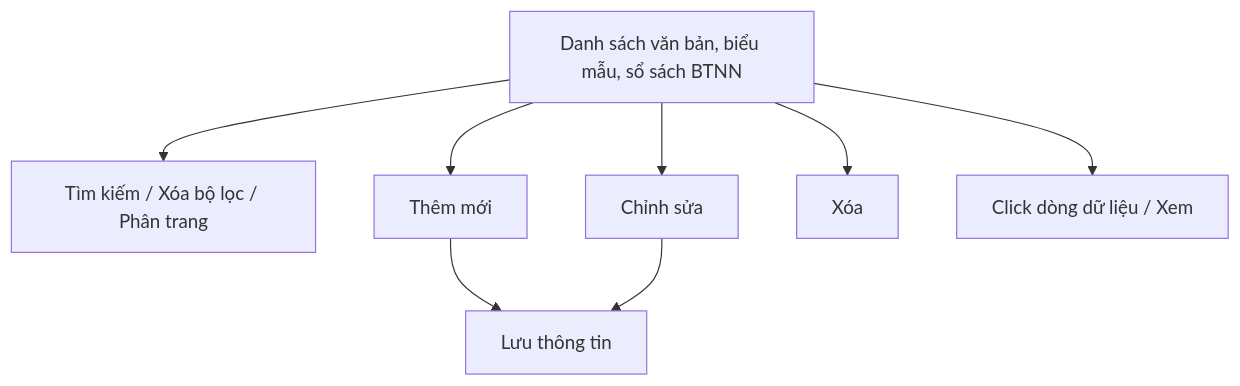
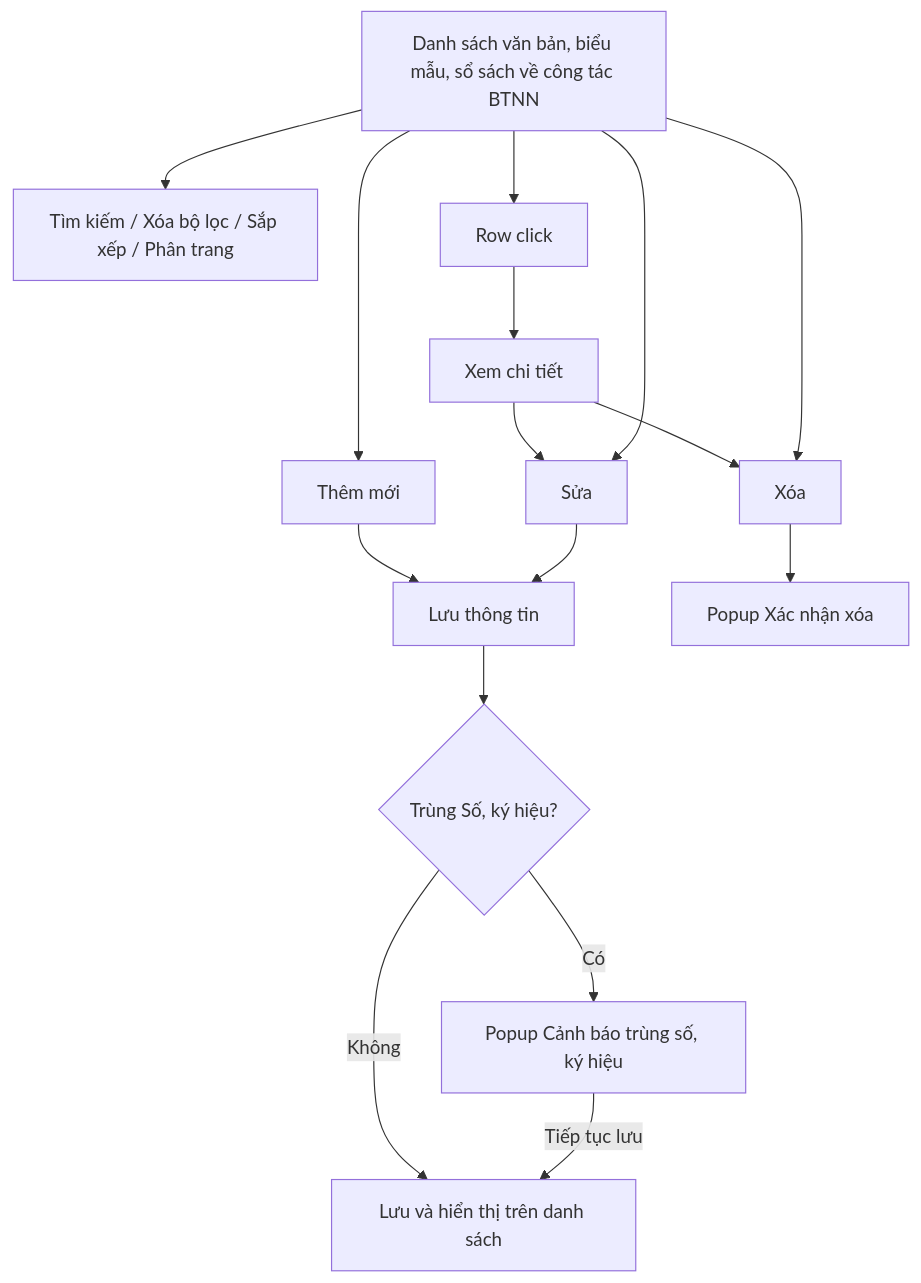
The diagram in Tai lieu phan tich/03_Website_Quan_tri/03_Cong_tac_boi_thuong/SRS_BTNN_BTP_VanBan_BieuMau_SoSach.md (huyendt2007/BPBD_UI), drawn with Mermaid before and after one commit. The commit also changed other lines of this file and 135 other files, not shown here.

````diff
--- a/Tai lieu phan tich/03_Website_Quan_tri/03_Cong_tac_boi_thuong/SRS_BTNN_BTP_VanBan_BieuMau_SoSach.md
+++ b/Tai lieu phan tich/03_Website_Quan_tri/03_Cong_tac_boi_thuong/SRS_BTNN_BTP_VanBan_BieuMau_SoSach.md
@@ -25,10 +27,14 @@
 ```mermaid
 flowchart TD
-    A[Danh sách văn bản, biểu mẫu, sổ sách BTNN] --> B[Tìm kiếm / Xóa bộ lọc / Phân trang]
-    A --> C[Thêm mới]
-    C --> D[Lưu thông tin]
-    A --> E[Chỉnh sửa]
-    E --> D
-    A --> F[Xóa]
-    A --> G[Click dòng dữ liệu / Xem]
+    A[Danh sách văn bản, biểu mẫu, sổ sách về công tác BTNN] --> B[Tìm kiếm / Xóa bộ lọc / Sắp xếp / Phân trang]
+    A --> G[Row click] --> K[Xem chi tiết]
+    K --> E
+    K --> F
+    A --> C[Thêm mới] --> D[Lưu thông tin]
+    A --> E[Sửa] --> D
+    D --> W{Trùng Số, ký hiệu?}
+    W -->|Có| P[Popup Cảnh báo trùng số, ký hiệu]
+    W -->|Không| S[Lưu và hiển thị trên danh sách]
+    P -->|Tiếp tục lưu| S
+    A --> F[Xóa] --> X[Popup Xác nhận xóa]
 ```
````
